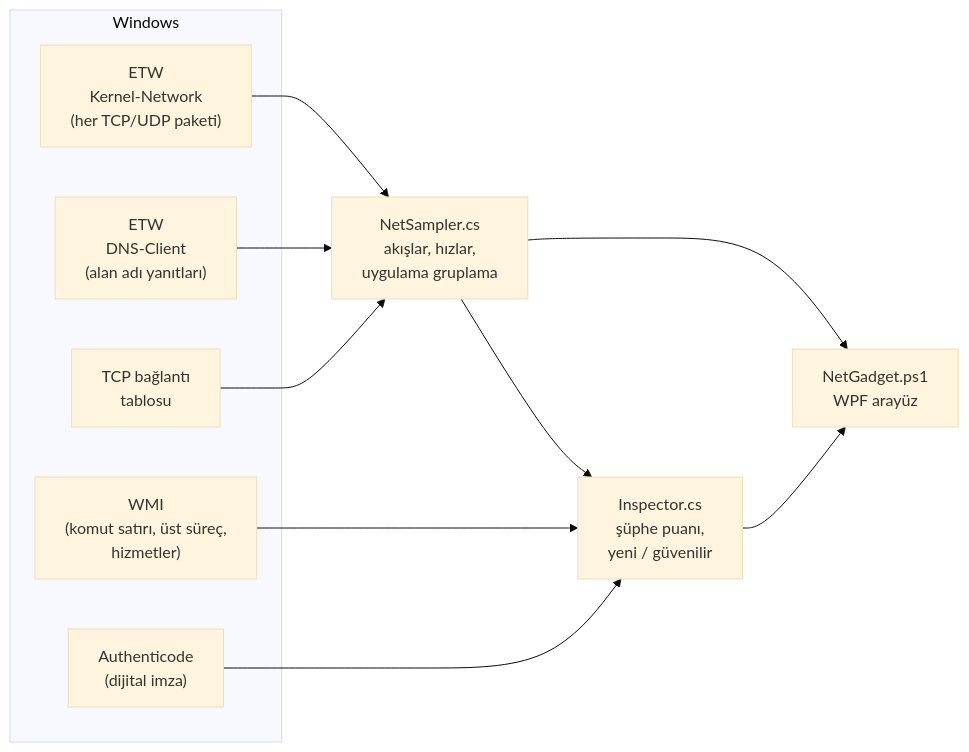
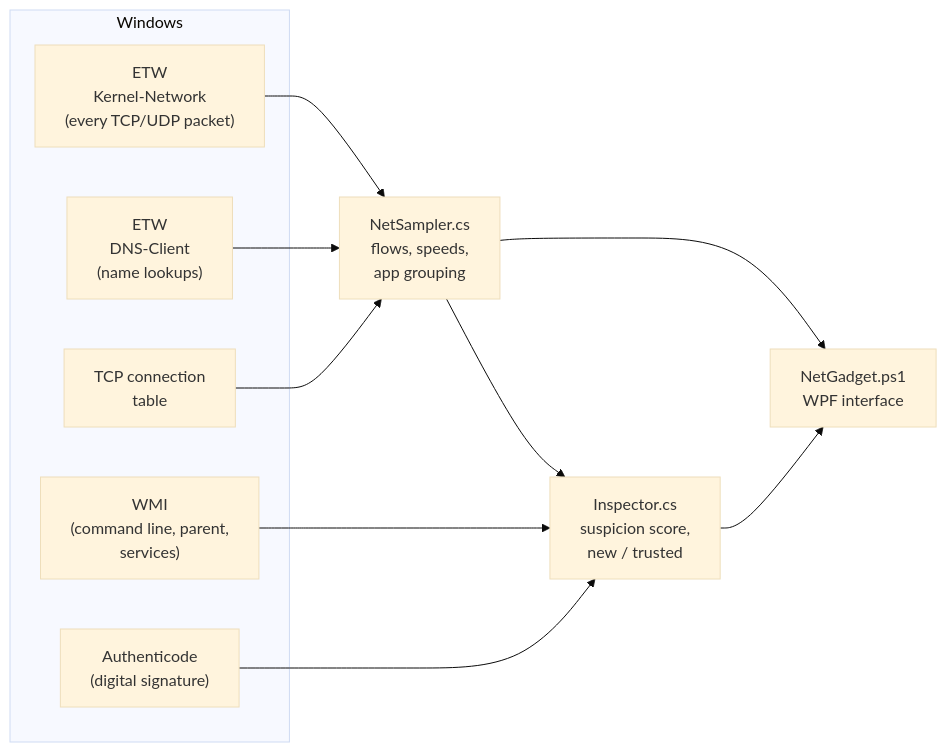
One commit to kubikanber/netgadget changed the diagram in README.md. Above: the diagram before and after it, drawn with Mermaid (base theme). The commit also changed other lines of this file and 20 other files, not shown here.

````diff
--- a/README.md
+++ b/README.md
@@ -182,18 +187,18 @@
 ```mermaid
 flowchart LR
     subgraph Windows
-        KN["ETW<br/>Kernel-Network<br/>(her TCP/UDP paketi)"]
-        DNS["ETW<br/>DNS-Client<br/>(alan adı yanıtları)"]
-        TBL["TCP bağlantı<br/>tablosu"]
-        WMI["WMI<br/>(komut satırı, üst süreç,<br/>hizmetler)"]
-        SIG["Authenticode<br/>(dijital imza)"]
+        KN["ETW<br/>Kernel-Network<br/>(every TCP/UDP packet)"]
+        DNS["ETW<br/>DNS-Client<br/>(name lookups)"]
+        TBL["TCP connection<br/>table"]
+        WMI["WMI<br/>(command line, parent,<br/>services)"]
+        SIG["Authenticode<br/>(digital signature)"]
     end
-    KN --> S["NetSampler.cs<br/>akışlar, hızlar,<br/>uygulama gruplama"]
+    KN --> S["NetSampler.cs<br/>flows, speeds,<br/>app grouping"]
     DNS --> S
     TBL --> S
-    S --> I["Inspector.cs<br/>şüphe puanı,<br/>yeni / güvenilir"]
+    S --> I["Inspector.cs<br/>suspicion score,<br/>new / trusted"]
     WMI --> I
     SIG --> I
-    I --> UI["NetGadget.ps1<br/>WPF arayüz"]
+    I --> UI["NetGadget.ps1<br/>WPF interface"]
     S --> UI
 ```
````
